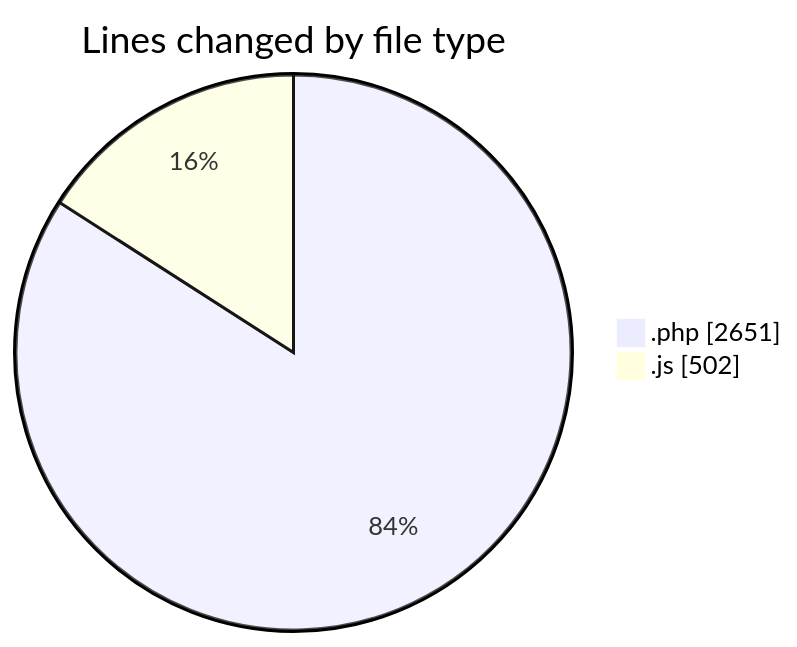
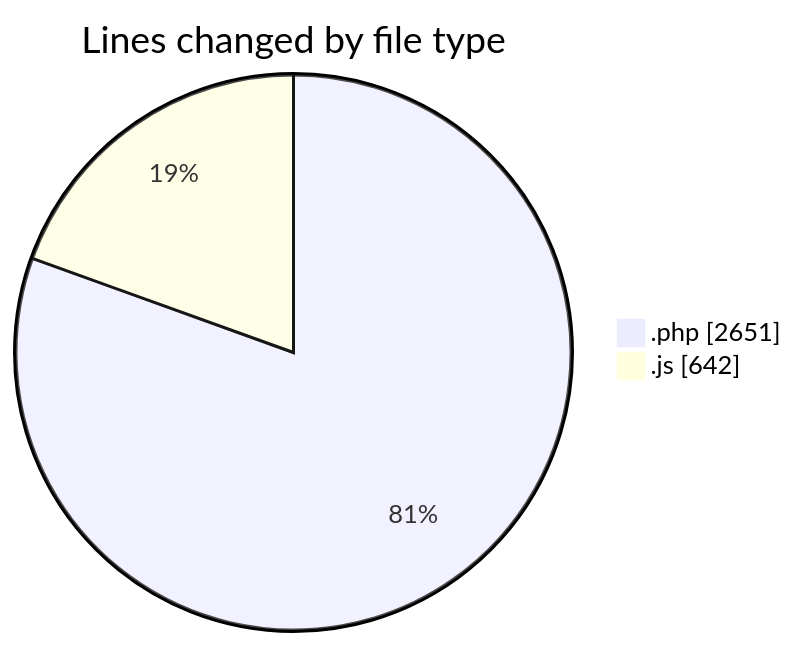
Before and after one commit to debugP/code-tracking: the first of 2 diagrams in 2025-10-24/untitled__workspace_/README.md, drawn with Mermaid. The commit also changed other lines of this file and 1 other file, not shown here.

````diff
--- a/2025-10-24/untitled__workspace_/README.md
+++ b/2025-10-24/untitled__workspace_/README.md
@@ -25,6 +26,6 @@
 ```mermaid
 pie showData
 title Lines changed by file type
 ".php" : 2651
-".js" : 502
+".js" : 642
 ```
````
